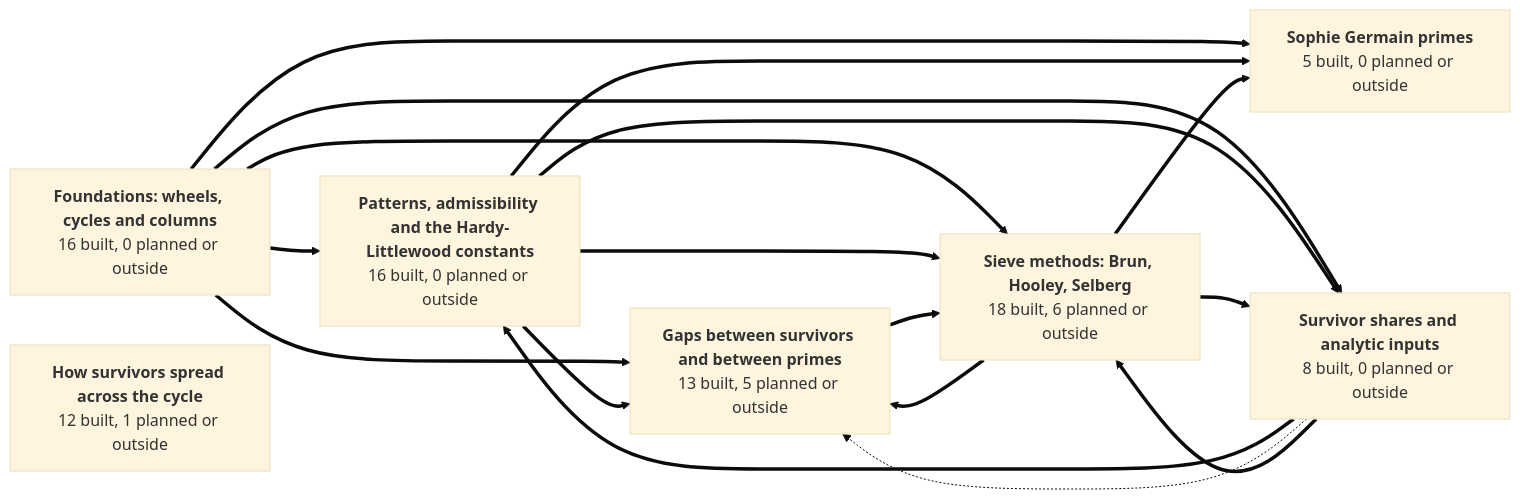
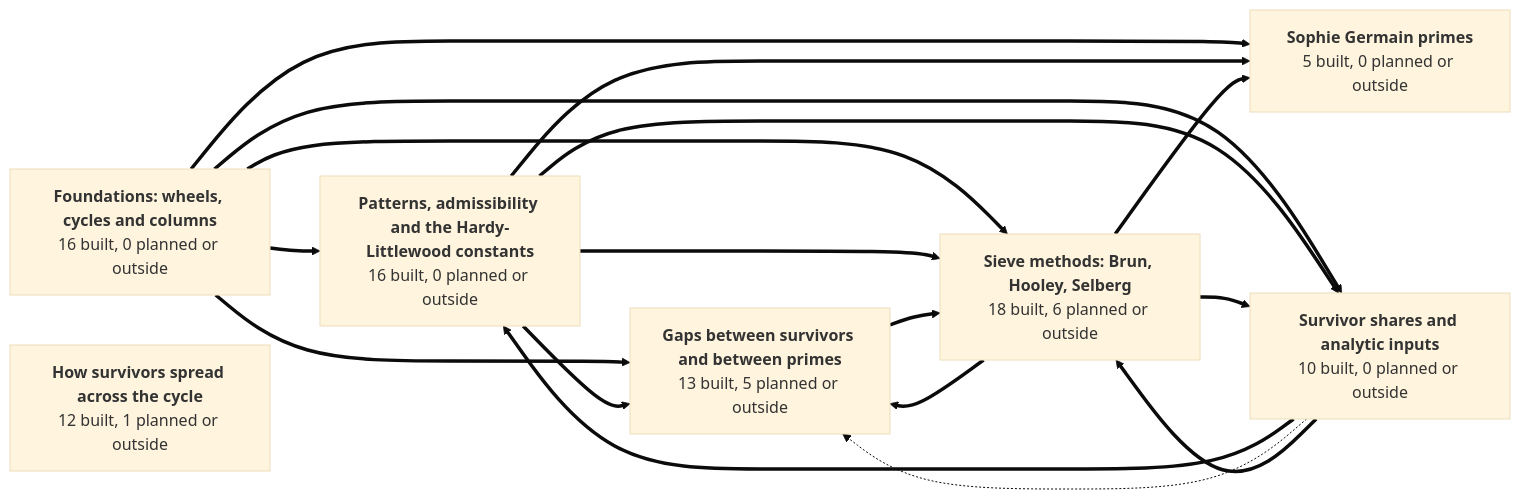
The first of 8 diagrams in GRAPH.md (golfbum71/RNS-Sieve-Network), drawn with Mermaid (base theme) before and after one commit. The commit also changed other lines of this file and 14 other files, not shown here.

First line of the commit message:
EulerFactorZeros, OrbitalTrace: no common zero for two wheels, the trace on a wheel's loop vanishes below the wheel, built clean (standard axioms); node list and graph

````diff
--- a/GRAPH.md
+++ b/GRAPH.md
@@ -45,33 +45,33 @@
 ```mermaid
 graph LR
   g1["<b>Foundations: wheels, cycles and columns</b><br/>16 built, 0 planned or outside"]
   g2["<b>Patterns, admissibility and the Hardy-Littlewood constants</b><br/>16 built, 0 planned or outside"]
   g3["<b>How survivors spread across the cycle</b><br/>12 built, 1 planned or outside"]
   g4["<b>Gaps between survivors and between primes</b><br/>13 built, 5 planned or outside"]
   g5["<b>Sophie Germain primes</b><br/>5 built, 0 planned or outside"]
-  g6["<b>Survivor shares and analytic inputs</b><br/>8 built, 0 planned or outside"]
+  g6["<b>Survivor shares and analytic inputs</b><br/>10 built, 0 planned or outside"]
   g7["<b>Sieve methods: Brun, Hooley, Selberg</b><br/>18 built, 6 planned or outside"]
   g1 ==> g2
   g1 ==> g4
   g1 ==> g5
   g1 ==> g6
   g1 ==> g7
   g2 ==> g4
   g2 ==> g5
   g2 ==> g6
   g2 ==> g7
   g4 ==> g7
   g6 ==> g2
   g6 -.-> g4
   g6 ==> g7
   g7 ==> g4
   g7 ==> g5
   g7 ==> g6
   click g1 href "https://github.com/golfbum71/RNS-Sieve-Network/blob/main/GRAPH.md#foundations-wheels-cycles-and-columns" _self
   click g2 href "https://github.com/golfbum71/RNS-Sieve-Network/blob/main/GRAPH.md#patterns-admissibility-and-the-hardy-littlewood-constants" _self
   click g3 href "https://github.com/golfbum71/RNS-Sieve-Network/blob/main/GRAPH.md#how-survivors-spread-across-the-cycle" _self
   click g4 href "https://github.com/golfbum71/RNS-Sieve-Network/blob/main/GRAPH.md#gaps-between-survivors-and-between-primes" _self
   click g5 href "https://github.com/golfbum71/RNS-Sieve-Network/blob/main/GRAPH.md#sophie-germain-primes" _self
   click g6 href "https://github.com/golfbum71/RNS-Sieve-Network/blob/main/GRAPH.md#survivor-shares-and-analytic-inputs" _self
   click g7 href "https://github.com/golfbum71/RNS-Sieve-Network/blob/main/GRAPH.md#sieve-methods-brun-hooley-selberg" _self
 ```
````
